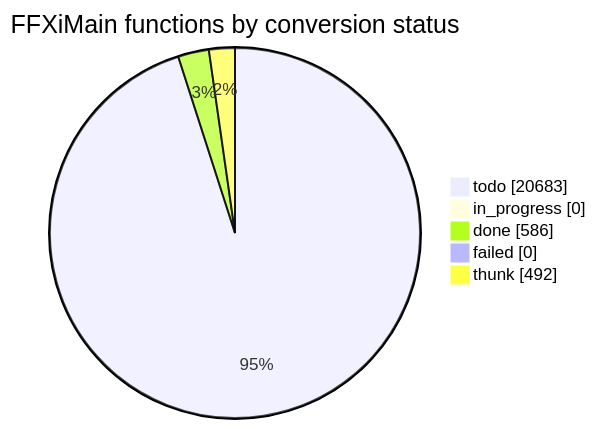
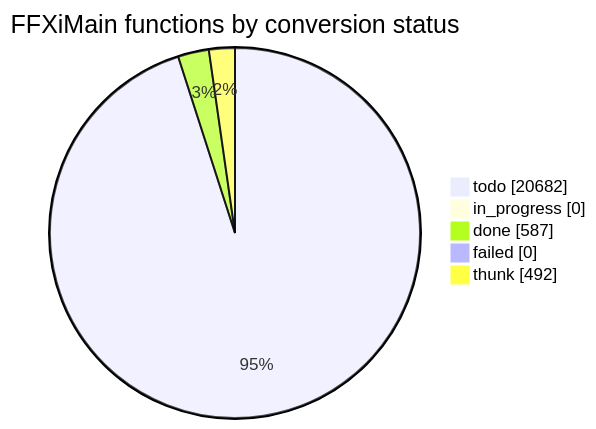
The diagram in docs/cow/STATUS.md (cowrevenge/cow_kuluu_xi_anything), drawn with Mermaid before and after one commit. The commit also changed other lines of this file and 9 other files, not shown here.

````diff
--- a/docs/cow/STATUS.md
+++ b/docs/cow/STATUS.md
@@ -18,9 +18,9 @@
 ```mermaid
 pie showData
     title FFXiMain functions by conversion status
-    "todo" : 20683
+    "todo" : 20682
     "in_progress" : 0
-    "done" : 586
+    "done" : 587
     "failed" : 0
     "thunk" : 492
 ```
````
